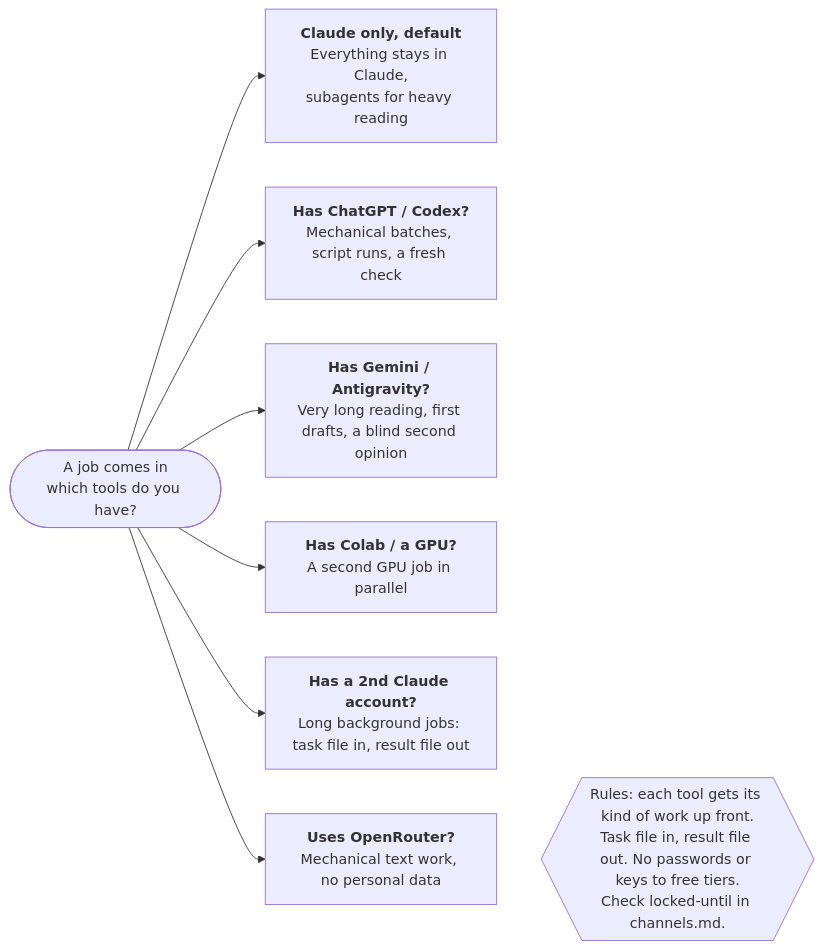
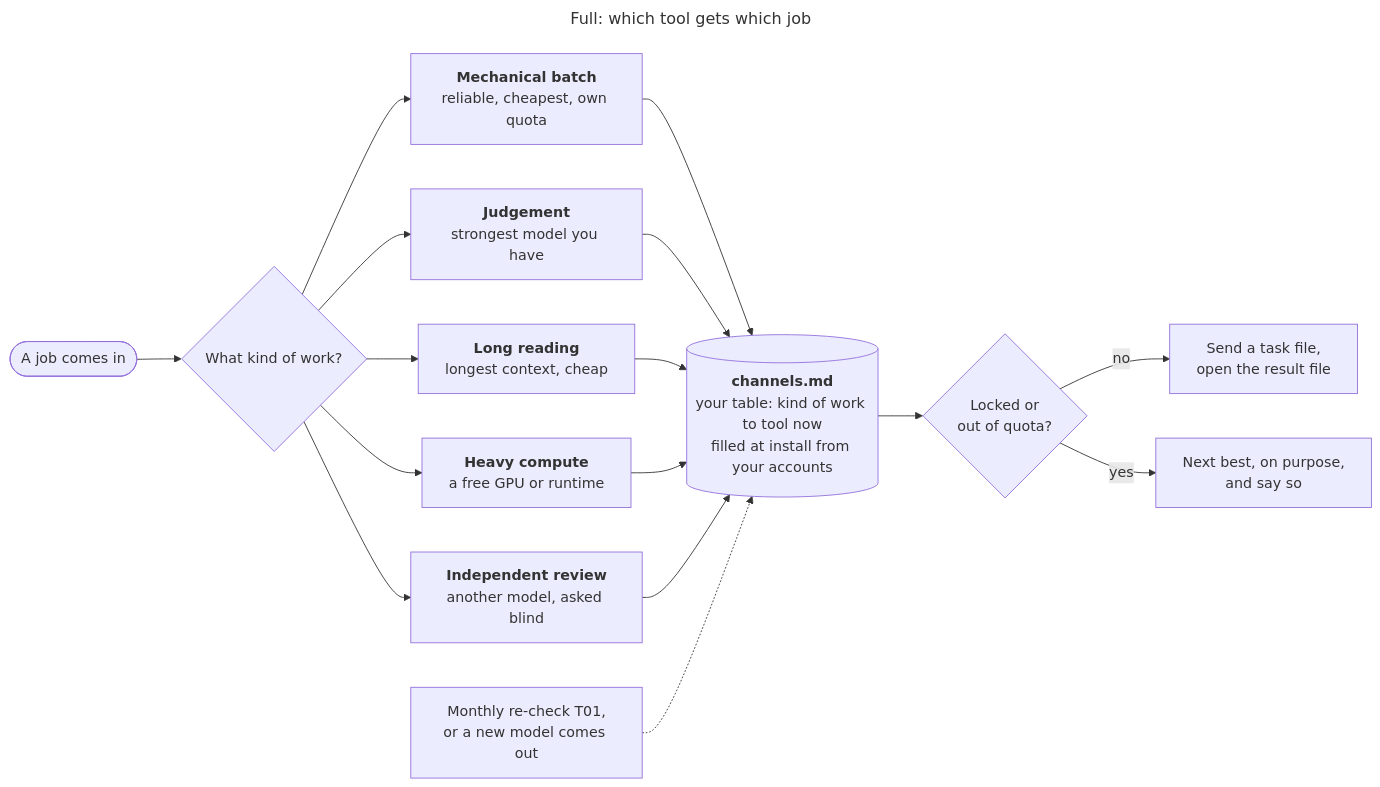
Before and after one commit to 0Smallcat0/second-brain-kit: the sixth of 6 diagrams in docs/ADVANCED.md, drawn with Mermaid. The commit also changed other lines of this file and 48 other files, not shown here.

````diff
--- a/docs/ADVANCED.md
+++ b/docs/ADVANCED.md
@@ -180,12 +241,17 @@
 ```mermaid
+---
+title: "Full: which tool gets which job"
+---
 flowchart LR
-  J(["A job comes in<br/>which tools do you have?"])
-  J --> C0["<b>Claude only, default</b><br/>Everything stays in Claude,<br/>subagents for heavy reading"]
-  J --> C1["<b>Has ChatGPT / Codex?</b><br/>Mechanical batches, script runs, a fresh check"]
-  J --> C2["<b>Has Gemini / Antigravity?</b><br/>Very long reading, first drafts, a blind second opinion"]
-  J --> C3["<b>Has Colab / a GPU?</b><br/>A second GPU job in parallel"]
-  J --> C4["<b>Has a 2nd Claude account?</b><br/>Long background jobs: task file in, result file out"]
-  J --> C5["<b>Uses OpenRouter?</b><br/>Mechanical text work, no personal data"]
-  R{{"Rules: each tool gets its kind of work up front.<br/>Task file in, result file out. No passwords or keys to free tiers.<br/>Check locked-until in channels.md."}}
-  C5 ~~~ R
+  J(["A job comes in"]) --> K{"What kind of work?"}
+  K --> B1["<b>Mechanical batch</b><br/>reliable, cheapest, own quota"]
+  K --> B2["<b>Judgement</b><br/>strongest model you have"]
+  K --> B3["<b>Long reading</b><br/>longest context, cheap"]
+  K --> B4["<b>Heavy compute</b><br/>a free GPU or runtime"]
+  K --> B5["<b>Independent review</b><br/>another model, asked blind"]
+  B1 & B2 & B3 & B4 & B5 --> C[("<b>channels.md</b><br/>your table: kind of work to tool now<br/>filled at install from your accounts")]
+  C --> L{"Locked or<br/>out of quota?"}
+  L -->|no| Go["Send a task file,<br/>open the result file"]
+  L -->|yes| Next["Next best, on purpose,<br/>and say so"]
+  Re["Monthly re-check T01,<br/>or a new model comes out"] -.-> C
 ```
````
